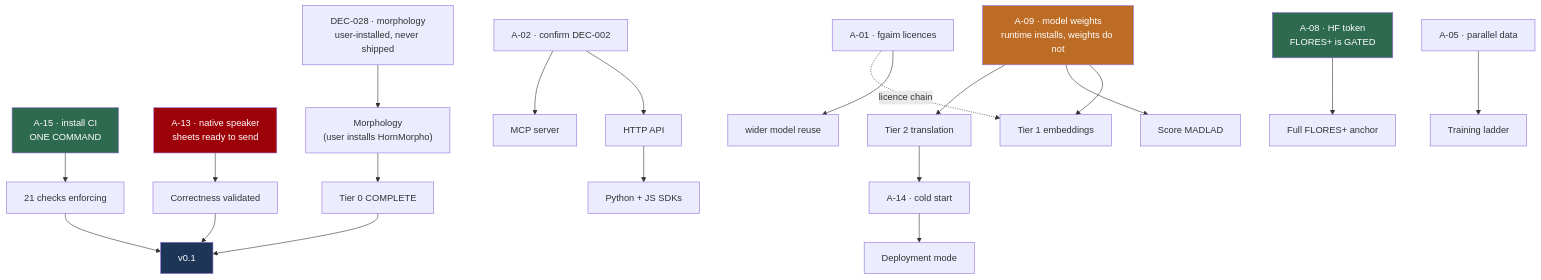
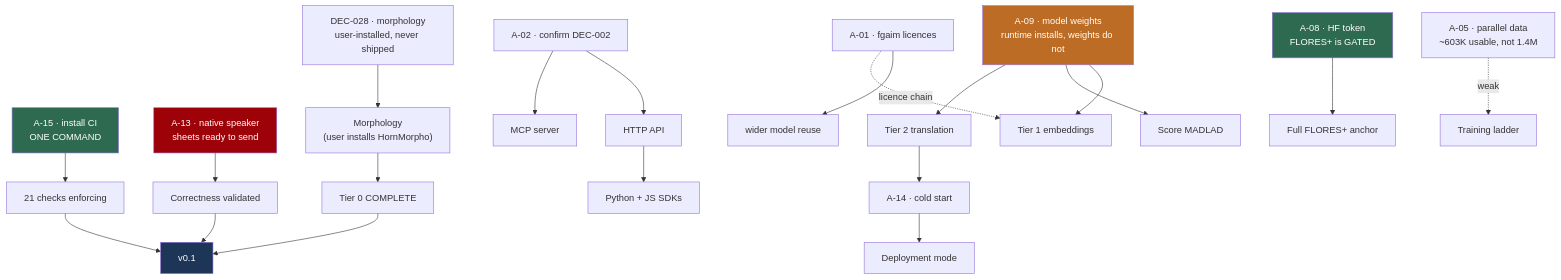
The diagram in docs/roadmap/READINESS_PLAN.md (abugassim8/Tigrigna-Intelligence), drawn with Mermaid before and after one commit. The commit also changed other lines of this file and 1 other file, not shown here.

````diff
--- a/docs/roadmap/READINESS_PLAN.md
+++ b/docs/roadmap/READINESS_PLAN.md
@@ -90,28 +99,28 @@
 ```mermaid
 graph TD
     A15["A-15 · install CI<br/>ONE COMMAND"] --> ENF["21 checks enforcing"]
     A13["A-13 · native speaker<br/>sheets ready to send"] --> CORRECT["Correctness validated"]
     A02["A-02 · confirm DEC-002"] --> API["HTTP API"]
     A02 --> MCP["MCP server"]
     API --> SDK["Python + JS SDKs"]
     A09["A-09 · model weights<br/>runtime installs, weights do not"] --> T1["Tier 1 embeddings"]
     A09 --> MADLAD["Score MADLAD"]
     A09 --> T2["Tier 2 translation"]
     A08["A-08 · HF token<br/>FLORES+ is GATED"] --> ANCHOR["Full FLORES+ anchor"]
     A01["A-01 · fgaim licences"] --> REUSE["wider model reuse"]
     A01 -.->|licence chain| T1
     A07["DEC-028 · morphology<br/>user-installed, never shipped"] --> MORPH["Morphology<br/>(user installs HornMorpho)"]
-    A05["A-05 · parallel data"] --> TRAIN["Training ladder"]
+    A05["A-05 · parallel data<br/>~603K usable, not 1.4M"] -.->|weak| TRAIN["Training ladder"]
     T2 --> A14["A-14 · cold start"]
     A14 --> DEPLOY["Deployment mode"]
     MORPH --> MVP["Tier 0 COMPLETE"]
     CORRECT --> V01["v0.1"]
     MVP --> V01
     ENF --> V01
 
     style A15 fill:#2d6a4f,color:#fff
     style A13 fill:#9d0208,color:#fff
     style A09 fill:#bc6c25,color:#fff
     style A08 fill:#2d6a4f,color:#fff
     style V01 fill:#1d3557,color:#fff
 ```
````
